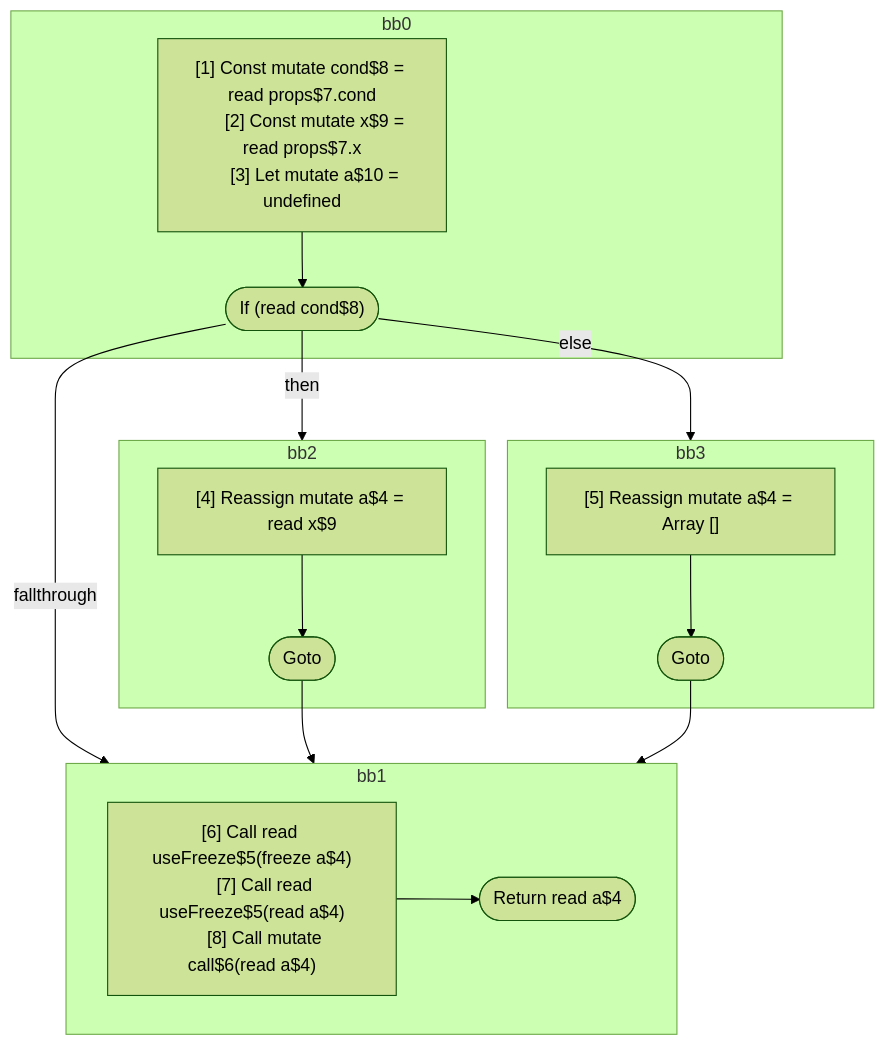
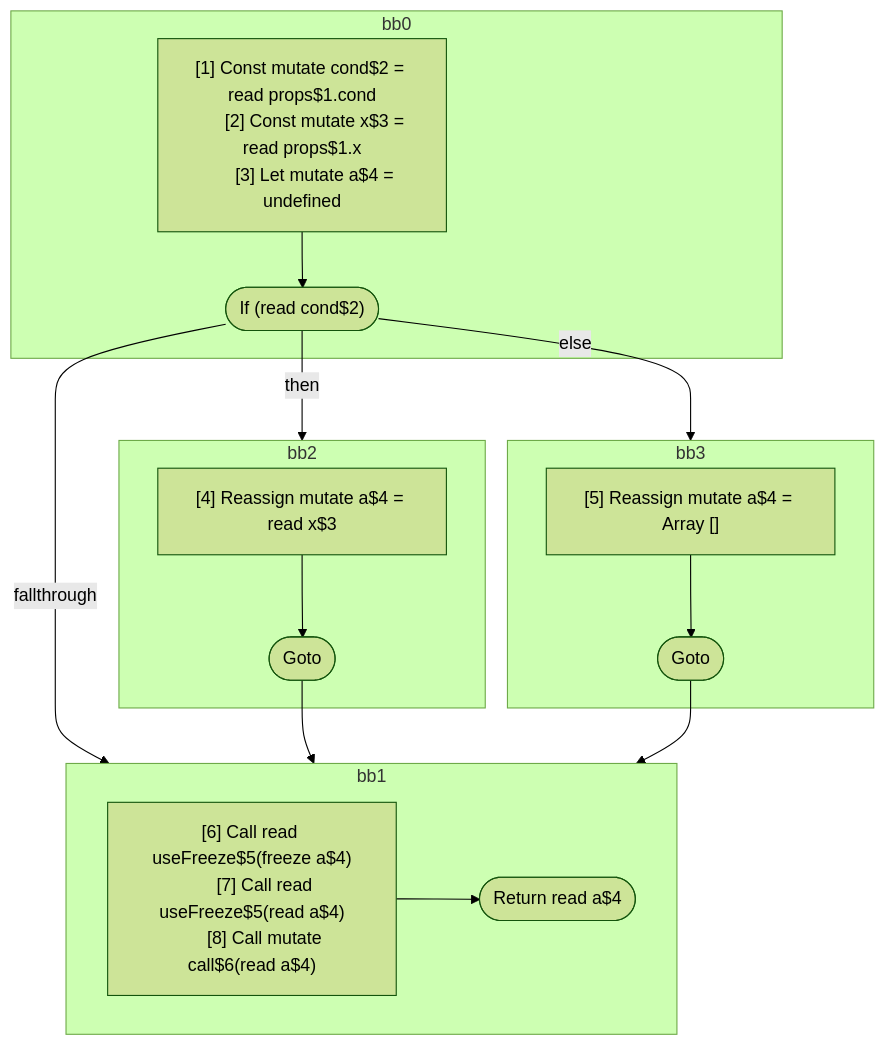
Before and after one commit to wutsmog/private: the first of 3 diagrams in compiler/forget/src/__tests__/fixtures/hir/hooks-freeze-possibly-mutable-arguments.expect.md, drawn with Mermaid (forest theme). The commit also changed other lines of this file and 57 other files, not shown here.

````diff
--- a/compiler/forget/src/__tests__/fixtures/hir/hooks-freeze-possibly-mutable-arguments.expect.md
+++ b/compiler/forget/src/__tests__/fixtures/hir/hooks-freeze-possibly-mutable-arguments.expect.md
@@ -51,40 +51,40 @@
 ```mermaid
 flowchart TB
   %% Basic Blocks
   subgraph bb0
     bb0_instrs["
-      [1] Const mutate cond$8 = read props$7.cond
-      [2] Const mutate x$9 = read props$7.x
-      [3] Let mutate a$10 = undefined
+      [1] Const mutate cond$2 = read props$1.cond
+      [2] Const mutate x$3 = read props$1.x
+      [3] Let mutate a$4 = undefined
     "]
-    bb0_instrs --> bb0_terminal(["If (read cond$8)"])
+    bb0_instrs --> bb0_terminal(["If (read cond$2)"])
   end
   subgraph bb2
     bb2_instrs["
-      [4] Reassign mutate a$4 = read x$9
+      [4] Reassign mutate a$4 = read x$3
     "]
     bb2_instrs --> bb2_terminal(["Goto"])
   end
   subgraph bb3
     bb3_instrs["
       [5] Reassign mutate a$4 = Array []
     "]
     bb3_instrs --> bb3_terminal(["Goto"])
   end
   subgraph bb1
     bb1_instrs["
       [6] Call read useFreeze$5(freeze a$4)
       [7] Call read useFreeze$5(read a$4)
       [8] Call mutate call$6(read a$4)
     "]
     bb1_instrs --> bb1_terminal(["Return read a$4"])
   end
 
   %% Jumps
   bb0_terminal -- then --> bb2
   bb0_terminal -- else --> bb3
   bb0_terminal -- fallthrough --> bb1
   bb2_terminal --> bb1
   bb3_terminal --> bb1
 
 ```
````
